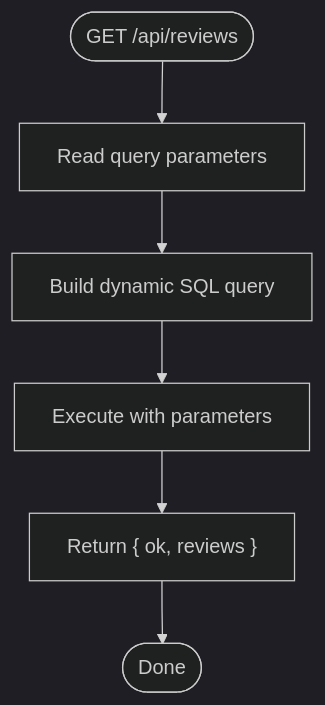
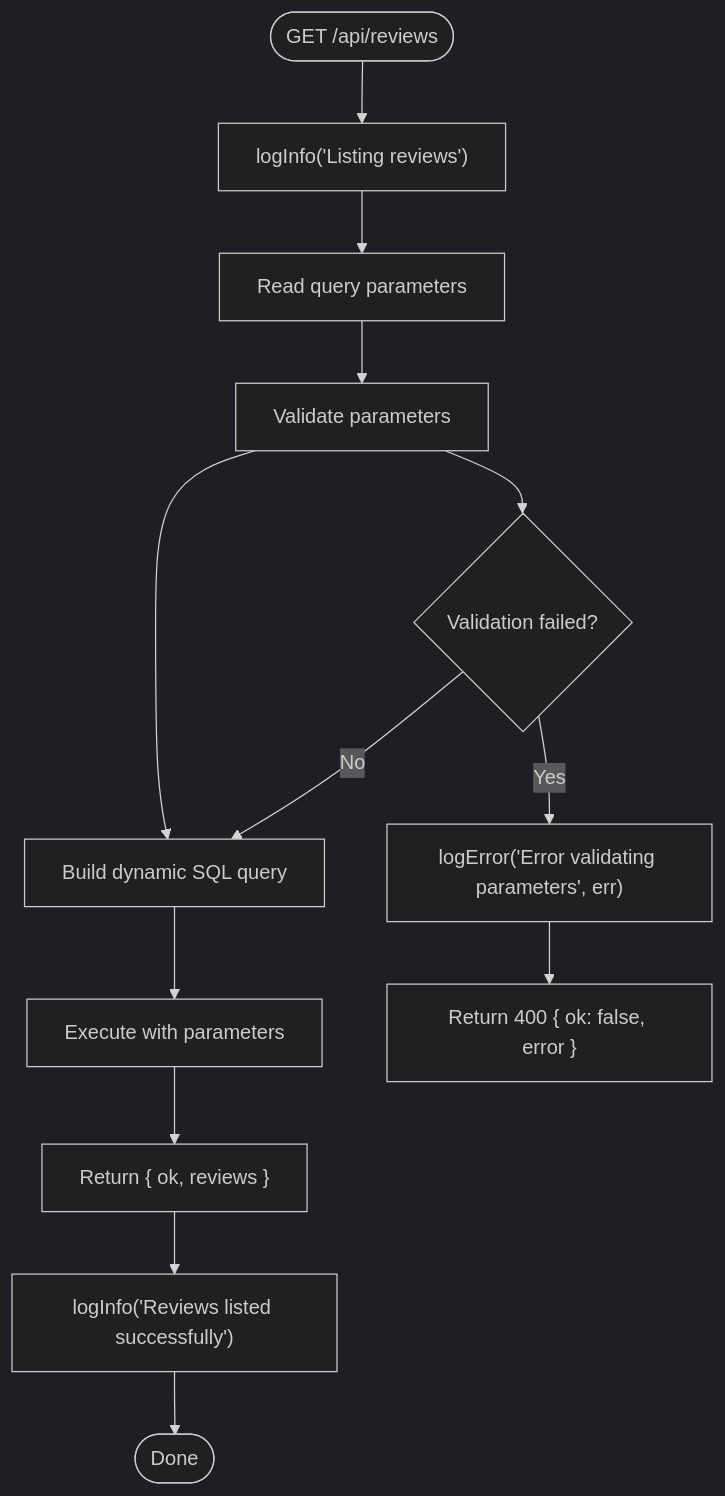
Before and after one commit to aravinthraj-ramalingam/Groww-App-Review-Insights-Analyzer-: the fourth of 11 diagrams in .qoder/repowiki/en/content/API Reference/Phase 2 API Endpoints.md, drawn with Mermaid (dark theme). The commit also changed other lines of this file and 10 other files, not shown here.

````diff
--- a/.qoder/repowiki/en/content/API Reference/Phase 2 API Endpoints.md
+++ b/.qoder/repowiki/en/content/API Reference/Phase 2 API Endpoints.md
@@ -271,8 +310,15 @@
 ```mermaid
 flowchart TD
-Start(["GET /api/reviews"]) --> ReadQuery["Read query parameters"]
-ReadQuery --> BuildQuery["Build dynamic SQL query"]
+Start(["GET /api/reviews"]) --> LogInfo["logInfo('Listing reviews')"]
+LogInfo --> ReadQuery["Read query parameters"]
+ReadQuery --> ValidateParams["Validate parameters"]
+ValidateParams --> BuildQuery["Build dynamic SQL query"]
 BuildQuery --> ExecuteQuery["Execute with parameters"]
 ExecuteQuery --> ReturnReviews["Return { ok, reviews }"]
-ReturnReviews --> End(["Done"])
+ReturnReviews --> LogSuccess["logInfo('Reviews listed successfully')"]
+LogSuccess --> End(["Done"])
+ValidateParams --> ErrorCheck{"Validation failed?"}
+ErrorCheck --> |Yes| LogError["logError('Error validating parameters', err)"]
+LogError --> Return400["Return 400 { ok: false, error }"]
+ErrorCheck --> |No| BuildQuery
 ```
````
